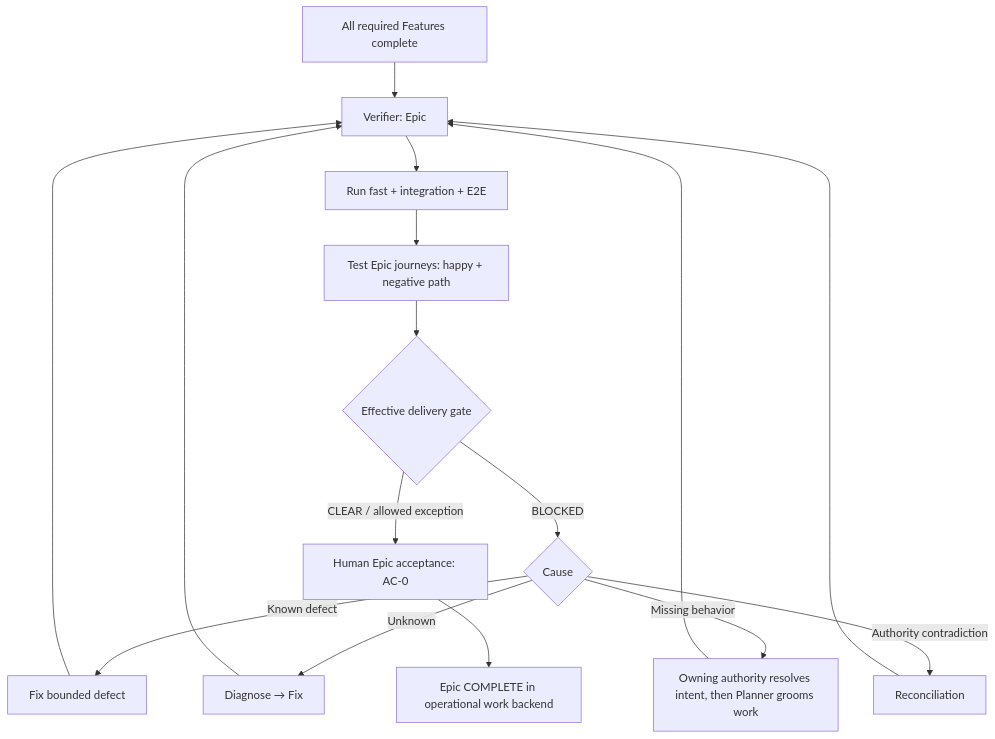
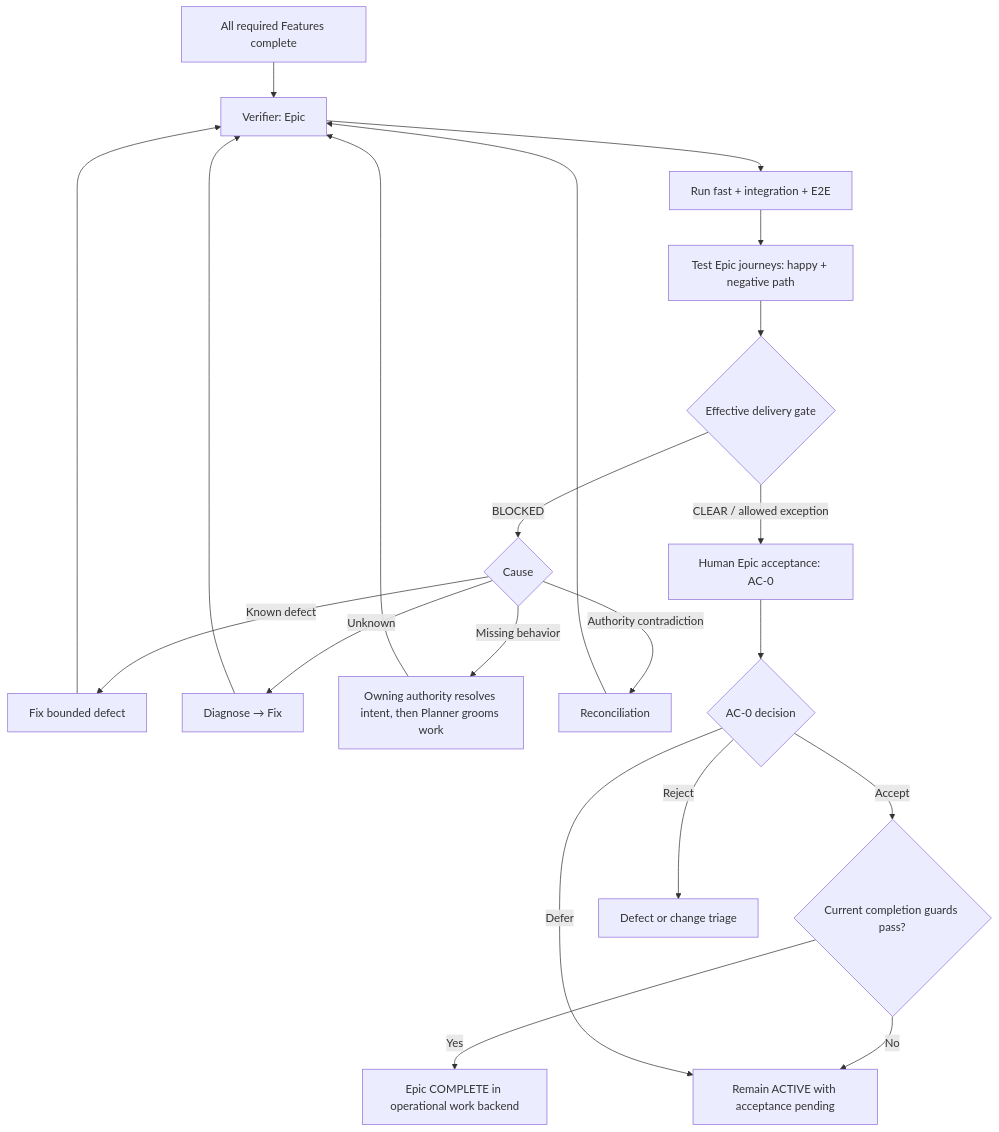
One commit to subhadlearner/SubhForge changed the seventh of 10 diagrams in design/workflow/SUBHFORGE-V0.2-WORKFLOW-CONTRACTS.md. Above: the diagram before and after it, drawn with Mermaid. The commit also changed other lines of this file and 2 other files, not shown here.

````diff
--- a/design/workflow/SUBHFORGE-V0.2-WORKFLOW-CONTRACTS.md
+++ b/design/workflow/SUBHFORGE-V0.2-WORKFLOW-CONTRACTS.md
@@ -811,18 +847,23 @@
 ```mermaid
 flowchart TD
     A[All required Features complete] --> V[Verifier: Epic]
     V --> E[Run fast + integration + E2E]
     E --> J[Test Epic journeys: happy + negative path]
     J --> G{Effective delivery gate}
     G -- BLOCKED --> D{Cause}
     D -- Known defect --> FX[Fix bounded defect]
     D -- Unknown --> DG[Diagnose → Fix]
     D -- Missing behavior --> NW[Owning authority resolves intent, then Planner grooms work]
     D -- Authority contradiction --> RC[Reconciliation]
     FX --> V
     DG --> V
     NW --> V
     RC --> V
     G -- CLEAR / allowed exception --> H[Human Epic acceptance: AC-0]
-    H --> C[Epic COMPLETE in operational work backend]
+    H --> A0{AC-0 decision}
+    A0 -- Accept --> CG{Current completion guards pass?}
+    CG -- Yes --> C[Epic COMPLETE in operational work backend]
+    CG -- No --> WAIT
+    A0 -- Reject --> CT[Defect or change triage]
+    A0 -- Defer --> WAIT[Remain ACTIVE with acceptance pending]
 ```
````
